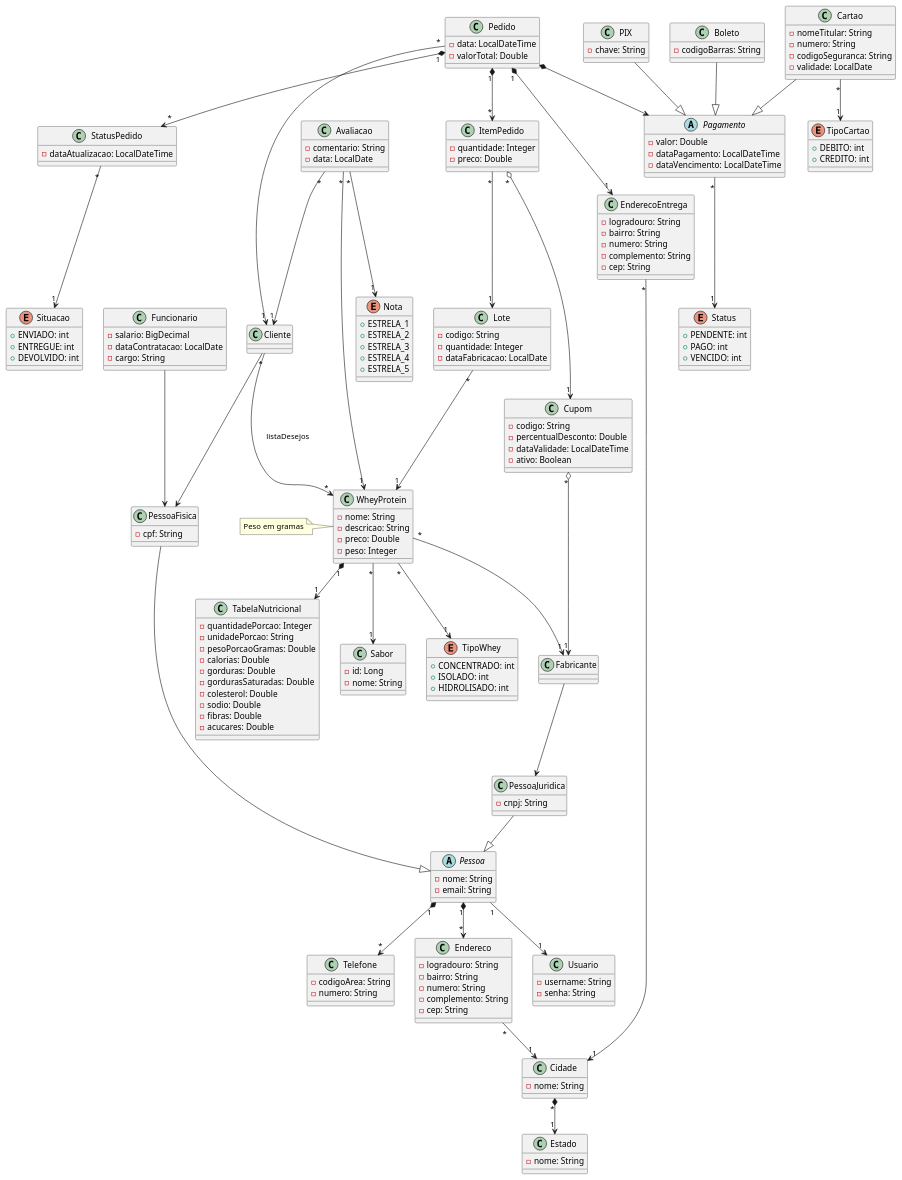
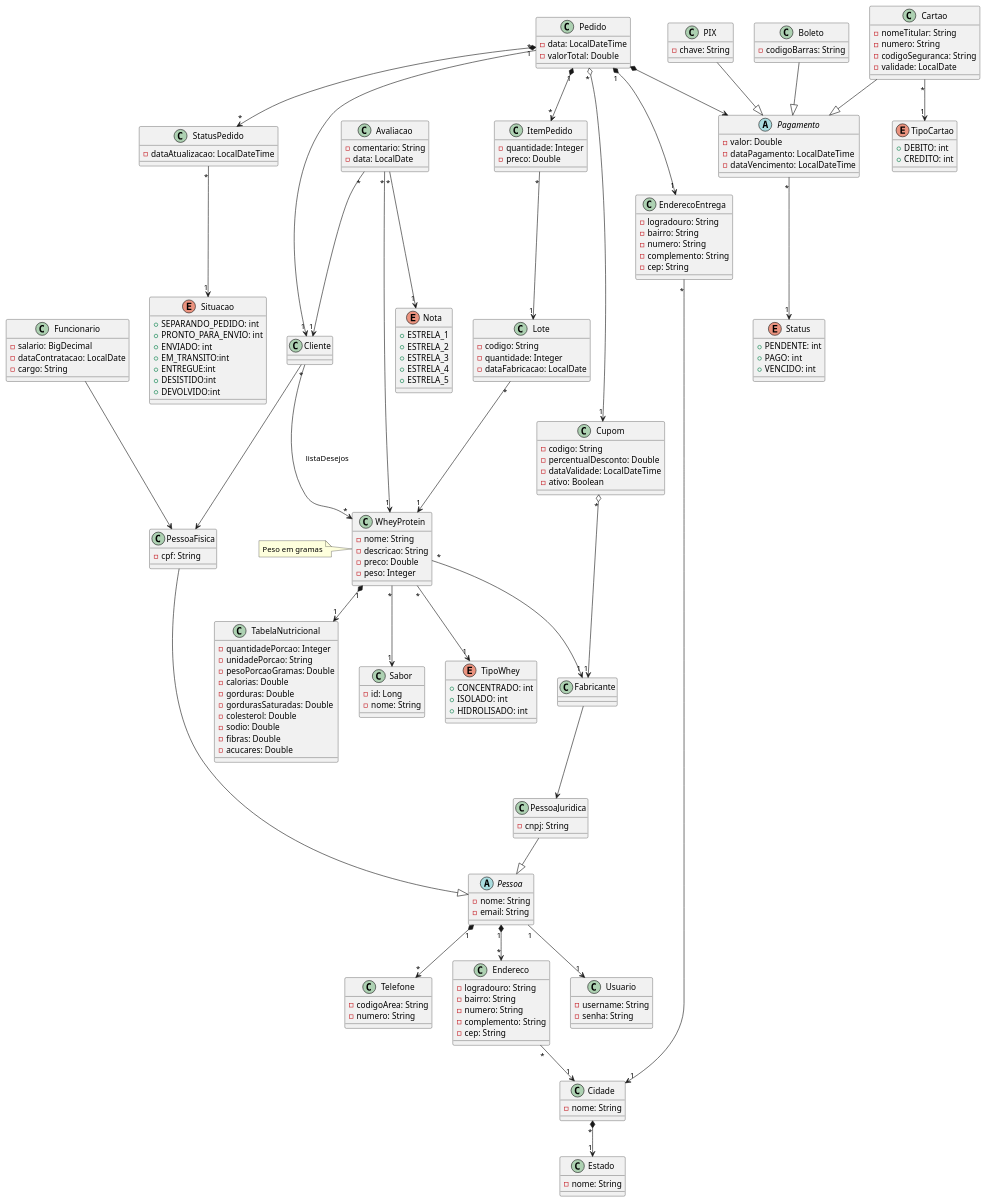
The diagram in ironforge-tp1-quarkus/src/main/resources/docs/whey.plantuml (Matheus-Nardi/iron-forge_tp1), drawn with PlantUML before and after one commit. The commit also changed 13 other files, not shown here.

```diff
--- a/ironforge-tp1-quarkus/src/main/resources/docs/whey.plantuml
+++ b/ironforge-tp1-quarkus/src/main/resources/docs/whey.plantuml
@@ -96,9 +96,14 @@
 }
 
 enum Situacao {
+    + SEPARANDO_PEDIDO: int
+    + PRONTO_PARA_ENVIO: int       
     + ENVIADO: int
-    + ENTREGUE: int
-    + DEVOLVIDO: int
+    + EM_TRANSITO:int
+    + ENTREGUE:int
+    + DESISTIDO:int
+    + DEVOLVIDO:int
+
 }
 
 class ItemPedido {
@@ -191,7 +196,7 @@
 
 Pedido "1" *--> "*" ItemPedido
 ItemPedido "*" --> "1" Lote
-ItemPedido "*" o--> "1" Cupom
+Pedido "*" o--> "1" Cupom
 Pedido "*" --> "1" Cliente  
 Pedido "1" *--> "1" EnderecoEntrega
 
```
